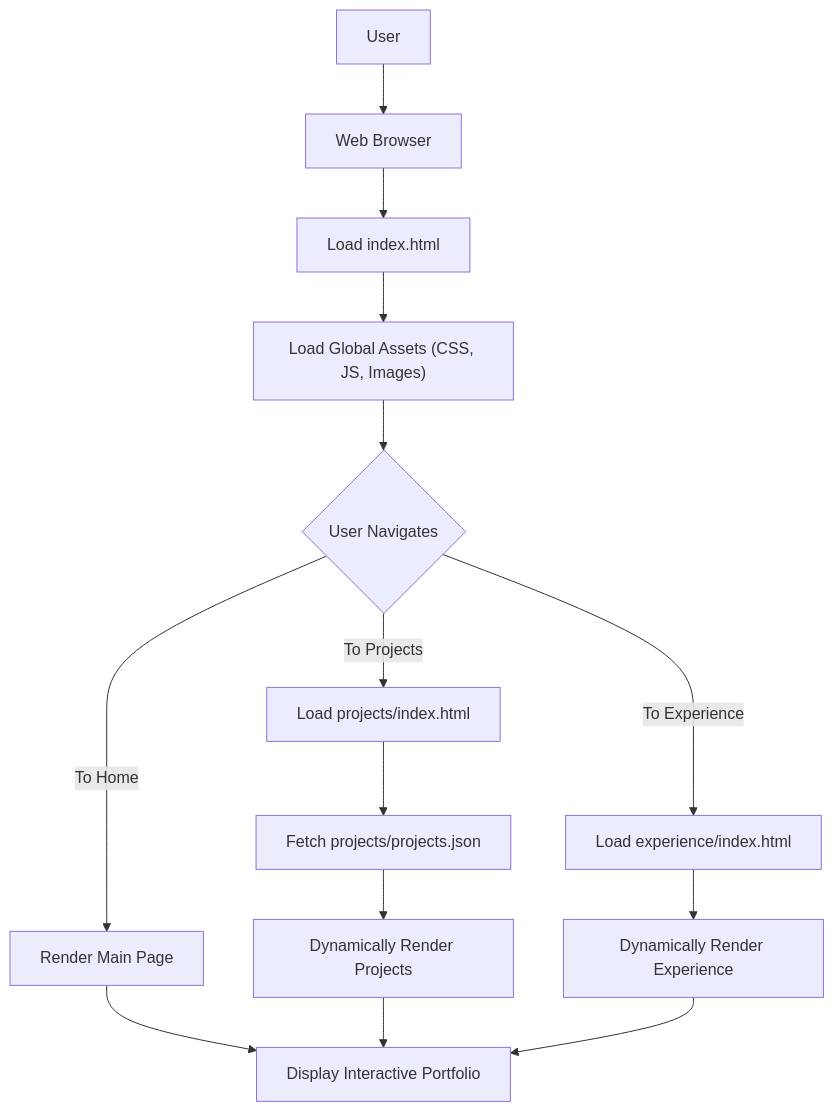
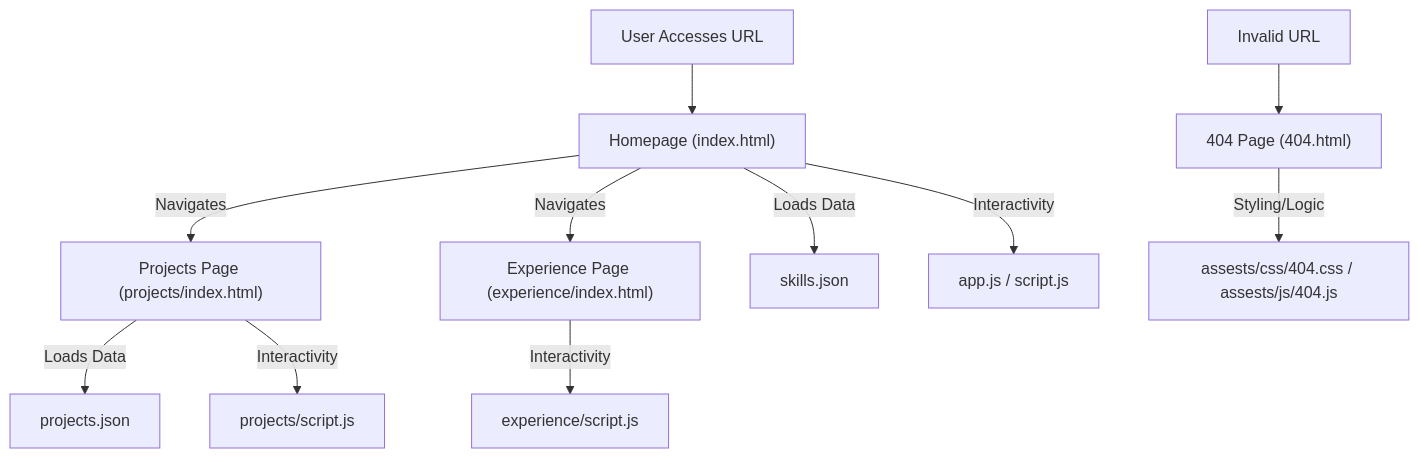
Before and after one commit to grewal16/portfolio_website: the diagram in README.md, drawn with Mermaid. The commit also changed other lines of this file, not shown here.

````diff
--- a/README.md
+++ b/README.md
@@ -43,14 +45,13 @@
 ```mermaid
 graph TD
-    A["User"] --> B["Web Browser"];
-    B --> C["Load index.html"];
-    C --> D["Load Global Assets (CSS, JS, Images)"];
-    D --> E{"User Navigates"};
-    E -- To Home --> F["Render Main Page"];
-    E -- To Projects --> G["Load projects/index.html"];
-    G --> H["Fetch projects/projects.json"];
-    H --> I["Dynamically Render Projects"];
-    E -- To Experience --> J["Load experience/index.html"];
-    J --> K["Dynamically Render Experience"];
-    F & I & K --> L["Display Interactive Portfolio"];
+    A["User Accesses URL"] --> B["Homepage (index.html)"];
+    B -- "Navigates" --> C["Projects Page (projects/index.html)"];
+    B -- "Navigates" --> D["Experience Page (experience/index.html)"];
+    C -- "Loads Data" --> E["projects.json"];
+    B -- "Loads Data" --> F["skills.json"];
+    B -- "Interactivity" --> G["app.js / script.js"];
+    C -- "Interactivity" --> H["projects/script.js"];
+    D -- "Interactivity" --> I["experience/script.js"];
+    J["Invalid URL"] --> K["404 Page (404.html)"];
+    K -- "Styling/Logic" --> L["assests/css/404.css / assests/js/404.js"];
 ```
````
